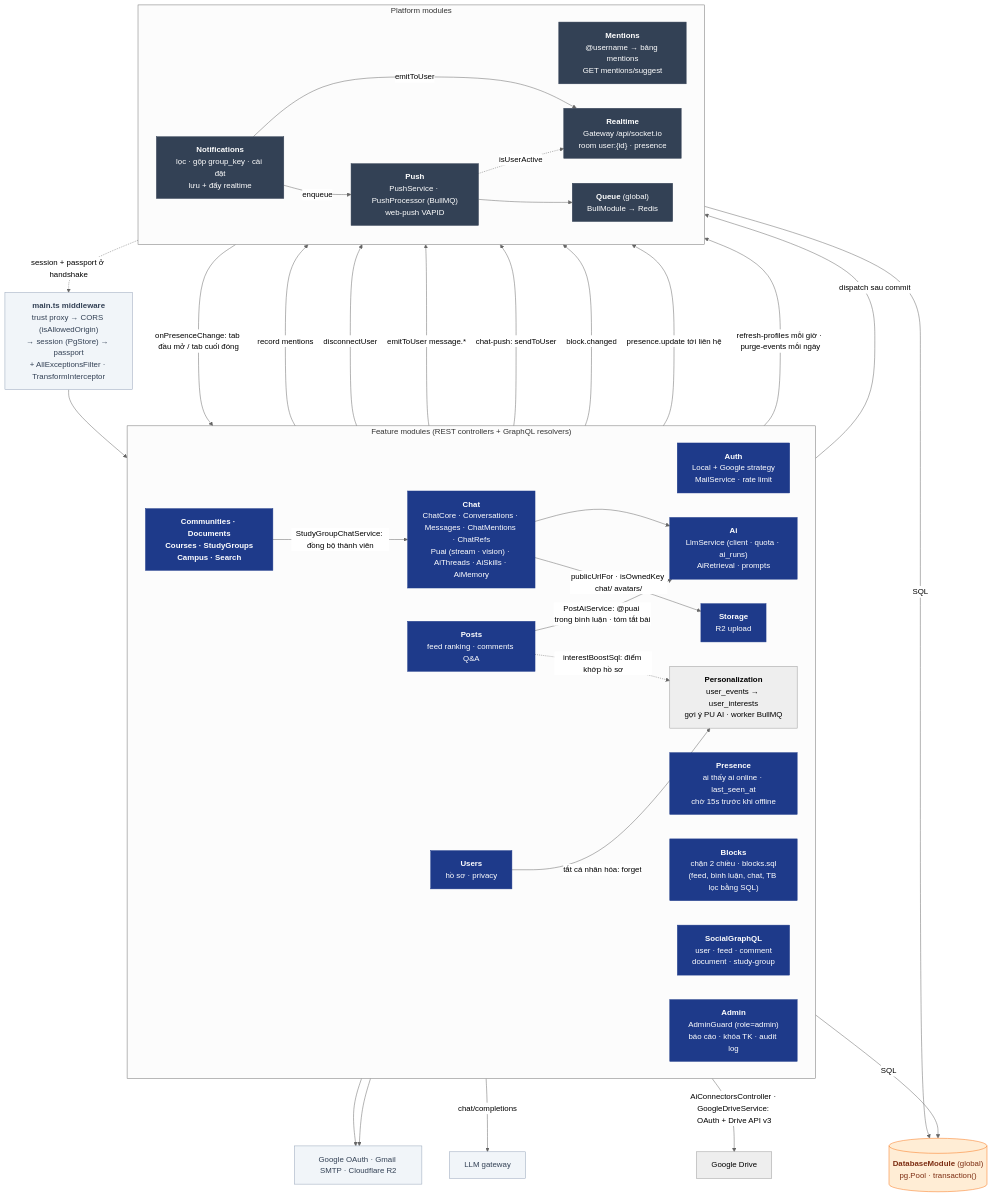
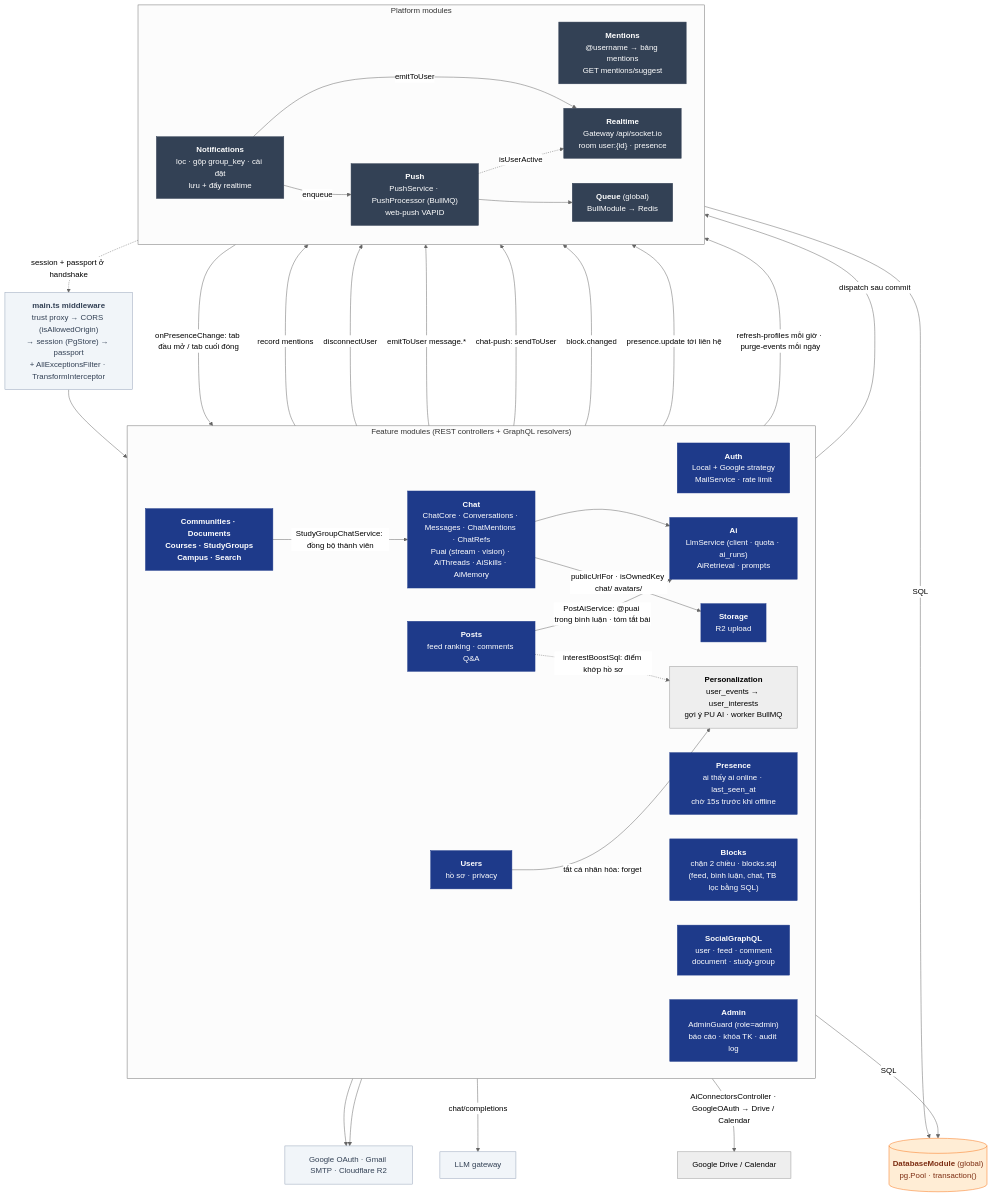
Before and after one commit to nhatcoi/pu-connect: the diagram in docs/diagrams/03-api-components.md, drawn with Mermaid (neutral theme). The commit also changed other lines of this file and 7 other files, not shown here.

Commit message:
docs(ai): document Google connectors, skill library, lint setup

````diff
--- a/docs/diagrams/03-api-components.md
+++ b/docs/diagrams/03-api-components.md
@@ -7,66 +7,66 @@
 ```mermaid
 flowchart TB
   mw["<b>main.ts middleware</b><br/>trust proxy → CORS (isAllowedOrigin)<br/>→ session (PgStore) → passport<br/>+ AllExceptionsFilter · TransformInterceptor"]
 
   subgraph Feature["Feature modules (REST controllers + GraphQL resolvers)"]
     direction LR
     auth["<b>Auth</b><br/>Local + Google strategy<br/>MailService · rate limit"]
     users["<b>Users</b><br/>hồ sơ · privacy"]
     presence["<b>Presence</b><br/>ai thấy ai online · last_seen_at<br/>chờ 15s trước khi offline"]
     blocks["<b>Blocks</b><br/>chặn 2 chiều · blocks.sql<br/>(feed, bình luận, chat, TB lọc bằng SQL)"]
     posts["<b>Posts</b><br/>feed ranking · comments Q&A"]
     gql["<b>SocialGraphQL</b><br/>user · feed · comment<br/>document · study-group"]
     others["<b>Communities · Documents<br/>Courses · StudyGroups<br/>Campus · Search</b>"]
     storage["<b>Storage</b><br/>R2 upload"]
     admin["<b>Admin</b><br/>AdminGuard (role=admin)<br/>báo cáo · khóa TK · audit log"]
     chat["<b>Chat</b><br/>ChatCore · Conversations · Messages · ChatMentions · ChatRefs<br/>Puai (stream · vision) · AiThreads · AiSkills · AiMemory"]
     ai["<b>Ai</b><br/>LlmService (client · quota · ai_runs)<br/>AiRetrieval · prompts"]
     perso["<b>Personalization</b><br/>user_events → user_interests<br/>gợi ý PU AI · worker BullMQ"]
   end
 
   subgraph Platform["Platform modules"]
     direction LR
     mentions["<b>Mentions</b><br/>@username → bảng mentions<br/>GET mentions/suggest"]
     notif["<b>Notifications</b><br/>lọc · gộp group_key · cài đặt<br/>lưu + đẩy realtime"]
     rt["<b>Realtime</b><br/>Gateway /api/socket.io<br/>room user:{id} · presence"]
     push["<b>Push</b><br/>PushService · PushProcessor (BullMQ)<br/>web-push VAPID"]
     queue["<b>Queue</b> (global)<br/>BullModule → Redis"]
   end
 
   db[("<b>DatabaseModule</b> (global)<br/>pg.Pool · transaction()")]
   ext["Google OAuth · Gmail SMTP · Cloudflare R2"]
 
   mw --> Feature
   posts -->|record mentions| mentions
   Feature -->|dispatch sau commit| notif -->|emitToUser| rt
   notif -->|enqueue| push --> queue
   push -. isUserActive .-> rt
   rt -. session + passport ở handshake .-> mw
   Feature -->|SQL| db
   Platform -->|SQL| db
   auth & storage --> ext
   admin -->|disconnectUser| rt
   chat -->|emitToUser message.*| rt
   chat -->|chat-push: sendToUser| push
   chat --> ai
   posts -->|PostAiService: @puai trong bình luận · tóm tắt bài| ai
   ai -->|chat/completions| llm["LLM gateway"]
-  ai -->|AiConnectorsController · GoogleDriveService: OAuth + Drive API v3| gdrive["Google Drive"]
+  ai -->|AiConnectorsController · GoogleOAuth → Drive / Calendar| gdrive["Google Drive / Calendar"]
   chat -->|publicUrlFor · isOwnedKey chat/ avatars/| storage
   others -->|StudyGroupChatService: đồng bộ thành viên| chat
   blocks -->|block.changed| rt
   rt -->|onPresenceChange: tab đầu mở / tab cuối đóng| presence
   presence -->|presence.update tới liên hệ| rt
   users -->|tắt cá nhân hóa: forget| perso
   perso -->|refresh-profiles mỗi giờ · purge-events mỗi ngày| queue
   posts -. interestBoostSql: điểm khớp hồ sơ .-> perso
 
   classDef mod fill:#1e3a8a,stroke:#1e3a8a,color:#fff
   classDef plat fill:#334155,stroke:#334155,color:#fff
   classDef store fill:#ffedd5,stroke:#f97316,color:#7c2d12
   classDef external fill:#f1f5f9,stroke:#94a3b8,color:#334155
   class auth,users,blocks,presence,ai,posts,communities,others,storage,gql,admin,chat mod
   class mentions,notif,rt,push,queue plat
   class db store
   class ext,mw,llm external
 ```
````
